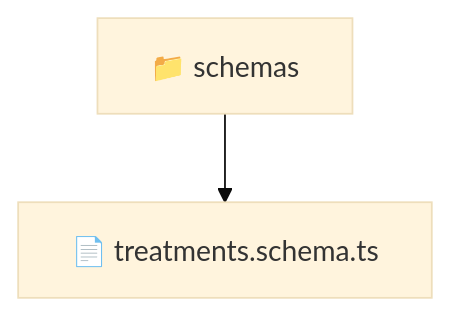
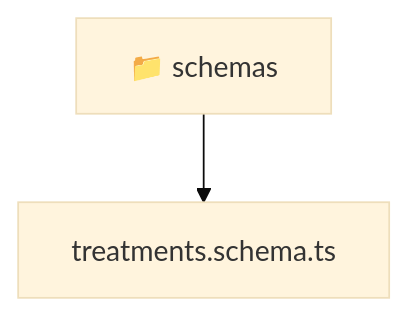
The diagram in backend/src/modules/treatments/infrastructure/schemas/README.md (beginwebdev2002/fullstack-mavluda), drawn with Mermaid (base theme) before and after one commit. The commit also changed other lines of this file and 167 other files, not shown here.

````diff
--- a/backend/src/modules/treatments/infrastructure/schemas/README.md
+++ b/backend/src/modules/treatments/infrastructure/schemas/README.md
@@ -9,5 +9,6 @@
 ```mermaid
 graph TD
-  Root["📁 schemas"]
-  Root --> treatments_schema_ts["📄 treatments.schema.ts"]
+  Root_schemas["📁 schemas"]
+  f_treatments_schema_ts["treatments.schema.ts"]
+  Root_schemas --> f_treatments_schema_ts
 ```
````
